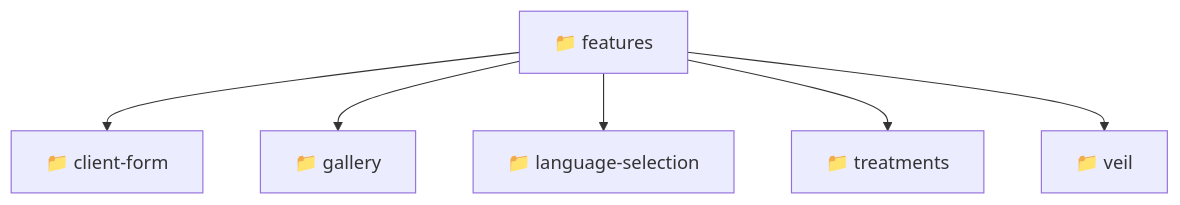
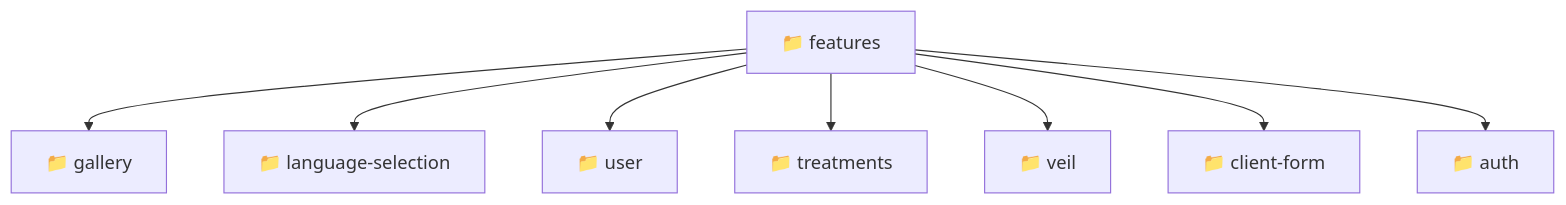
The diagram in frontend/src/features/README.md (beginwebdev2002/fullstack-mavluda), drawn with Mermaid before and after one commit. The commit also changed other lines of this file and 166 other files, not shown here.

First line of the commit message:
docs: generate repository-wide architectural README files

````diff
--- a/frontend/src/features/README.md
+++ b/frontend/src/features/README.md
@@ -11,9 +11,18 @@
 ```mermaid
 graph TD
-  Root["📁 features"]
-  Root --> client-form["📁 client-form"]
-  Root --> gallery["📁 gallery"]
-  Root --> language-selection["📁 language-selection"]
-  Root --> treatments["📁 treatments"]
-  Root --> veil["📁 veil"]
+  f_Root_features["📁 features"]
+  f_Dir_gallery["📁 gallery"]
+  f_Root_features --> f_Dir_gallery
+  f_Dir_language_selection["📁 language-selection"]
+  f_Root_features --> f_Dir_language_selection
+  f_Dir_user["📁 user"]
+  f_Root_features --> f_Dir_user
+  f_Dir_treatments["📁 treatments"]
+  f_Root_features --> f_Dir_treatments
+  f_Dir_veil["📁 veil"]
+  f_Root_features --> f_Dir_veil
+  f_Dir_client_form["📁 client-form"]
+  f_Root_features --> f_Dir_client_form
+  f_Dir_auth["📁 auth"]
+  f_Root_features --> f_Dir_auth
 ```
````
